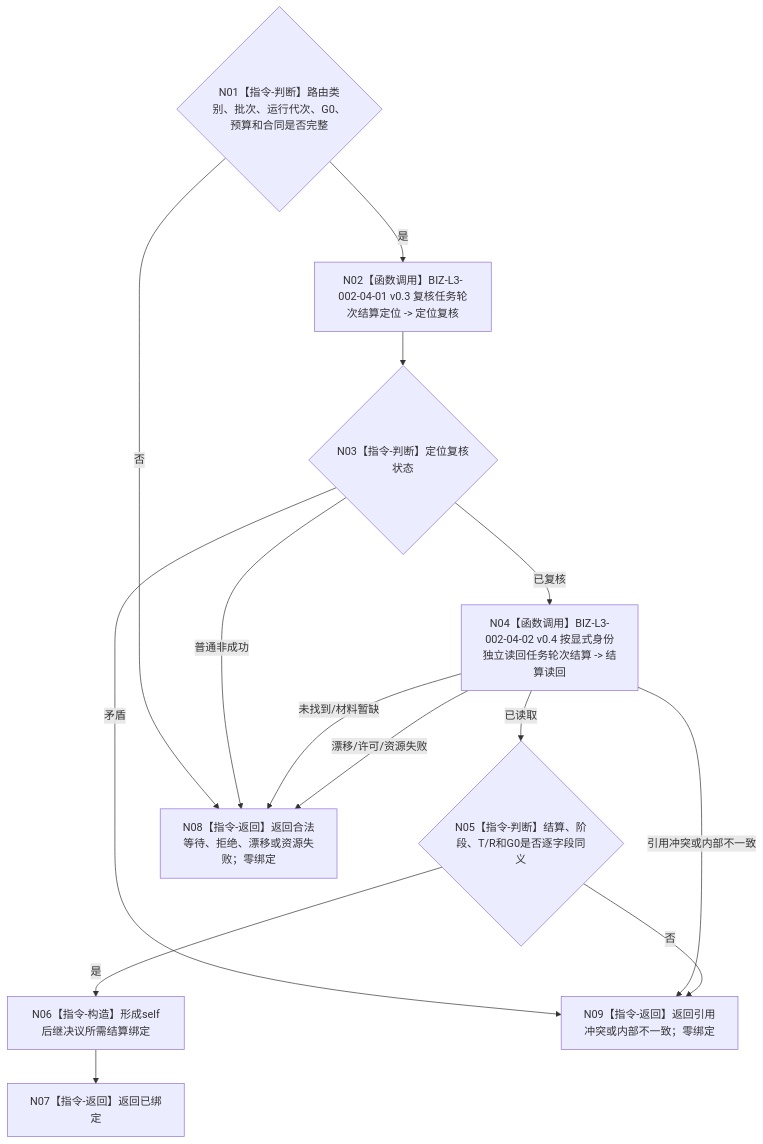
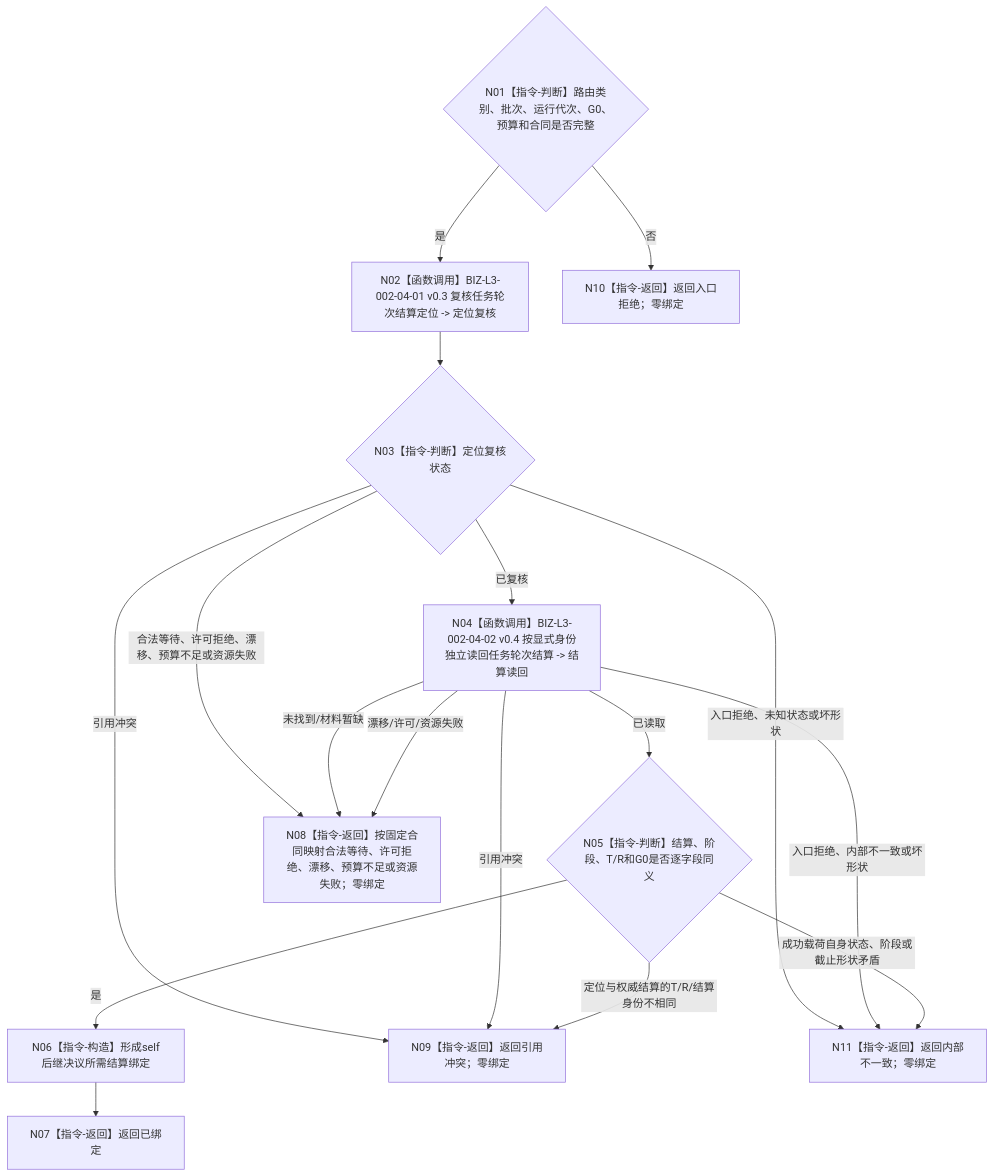
One commit to chunhaizh-cyber/HY-Ego changed the diagram in 流程图/目标业务流程图/L2/BIZ-L2-002-04_复核任务轮次结算定位绑定事实_目标函数流程图_v0.4.md. Above: the diagram before and after it, drawn with Mermaid. The commit also changed other lines of this file and 1 other file, not shown here.

Commit message:
docs: 分账轮次结算定位复核结果

````diff
--- a/流程图/目标业务流程图/L2/BIZ-L2-002-04_复核任务轮次结算定位绑定事实_目标函数流程图_v0.4.md
+++ b/流程图/目标业务流程图/L2/BIZ-L2-002-04_复核任务轮次结算定位绑定事实_目标函数流程图_v0.4.md
@@ -32,24 +32,29 @@
 ```mermaid
 flowchart TD
     N01{"N01【指令-判断】路由类别、批次、运行代次、G0、预算和合同是否完整"}
     N02["N02【函数调用】BIZ-L3-002-04-01 v0.3 复核任务轮次结算定位 -> 定位复核"]
     N03{"N03【指令-判断】定位复核状态"}
     N04["N04【函数调用】BIZ-L3-002-04-02 v0.4 按显式身份独立读回任务轮次结算 -> 结算读回"]
     N05{"N05【指令-判断】结算、阶段、T/R和G0是否逐字段同义"}
     N06["N06【指令-构造】形成self后继决议所需结算绑定"]
     N07["N07【指令-返回】返回已绑定"]
-    N08["N08【指令-返回】返回合法等待、拒绝、漂移或资源失败；零绑定"]
-    N09["N09【指令-返回】返回引用冲突或内部不一致；零绑定"]
+    N08["N08【指令-返回】按固定合同映射合法等待、许可拒绝、漂移、预算不足或资源失败；零绑定"]
+    N09["N09【指令-返回】返回引用冲突；零绑定"]
+    N10["N10【指令-返回】返回入口拒绝；零绑定"]
+    N11["N11【指令-返回】返回内部不一致；零绑定"]
 
-    N01 -->|否| N08
+    N01 -->|否| N10
     N01 -->|是| N02 --> N03
     N03 -->|已复核| N04
-    N03 -->|普通非成功| N08
-    N03 -->|矛盾| N09
+    N03 -->|合法等待、许可拒绝、漂移、预算不足或资源失败| N08
+    N03 -->|引用冲突| N09
+    N03 -->|入口拒绝、未知状态或坏形状| N11
     N04 -->|已读取| N05
     N04 -->|未找到/材料暂缺| N08
     N04 -->|漂移/许可/资源失败| N08
-    N04 -->|引用冲突或内部不一致| N09
-    N05 -->|否| N09
+    N04 -->|引用冲突| N09
+    N04 -->|入口拒绝、内部不一致或坏形状| N11
+    N05 -->|定位与权威结算的T/R/结算身份不相同| N09
+    N05 -->|成功载荷自身状态、阶段或截止形状矛盾| N11
     N05 -->|是| N06 --> N07
 ```
````
